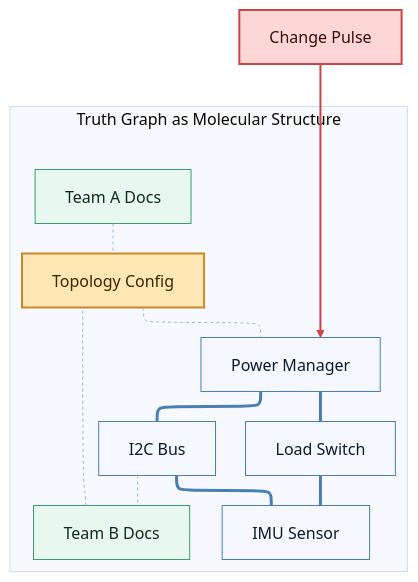
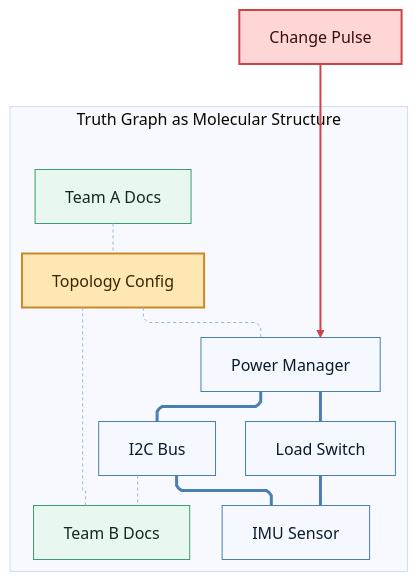
Before and after one commit to Lizo-RoadTown/PROVES_LIBRARY: the diagram in docs/diagrams/gnn-molecule.md, drawn with Mermaid. The commit also changed 1 other file, not shown here.

Commit message:
Fix gnn-molecule curve and document CSS limitations

````diff
--- a/docs/diagrams/gnn-molecule.md
+++ b/docs/diagrams/gnn-molecule.md
@@ -22,45 +22,45 @@
 ```mermaid
-%%{init: {'flowchart': {'defaultRenderer': 'elk'}, 'theme':'base', 'themeVariables': { 'fontFamily': 'Space Mono, monospace', 'lineColor': '#6b8fb3'}}}%%
+%%{init: {'flowchart': {'defaultRenderer': 'elk', 'curve': 'linear'}, 'theme':'base', 'themeVariables': { 'fontFamily': 'Space Mono, monospace', 'lineColor': '#6b8fb3'}}}%%
 flowchart TB
     subgraph Molecule ["Truth Graph as Molecular Structure"]
         A[Power Manager]
         B[I2C Bus]
         C[IMU Sensor]
         D[Load Switch]
         E[Topology Config]
         F[Team A Docs]
         G[Team B Docs]
     end
 
     P[Change Pulse]
 
     A --- B
     B --- C
     A --- D
     D --- C
     E --- A
     F --- E
     G --- E
     B --- G
     P --> A
 
     classDef atom fill:#f5f9ff,stroke:#4a7fb3,stroke-width:1px,color:#0b1b2b;
     classDef core fill:#ffe7b3,stroke:#c9882a,stroke-width:2px,color:#3a2603;
     classDef doc fill:#e8f7ef,stroke:#3a9d6d,stroke-width:1px,color:#0f2b1f;
     classDef pulse fill:#ffd6d6,stroke:#c44,stroke-width:2px,color:#3a0d0d;
 
     class A,B,C,D atom;
     class E core;
     class F,G doc;
     class P pulse;
 
     linkStyle 0 stroke:#4a7fb3,stroke-width:3px;
     linkStyle 1 stroke:#4a7fb3,stroke-width:3px;
     linkStyle 2 stroke:#4a7fb3,stroke-width:3px;
     linkStyle 3 stroke:#4a7fb3,stroke-width:3px;
     linkStyle 4 stroke:#9ab7d6,stroke-width:1px,stroke-dasharray:3 3;
     linkStyle 5 stroke:#9ab7d6,stroke-width:1px,stroke-dasharray:3 3;
     linkStyle 6 stroke:#9ab7d6,stroke-width:1px,stroke-dasharray:3 3;
     linkStyle 7 stroke:#9ab7d6,stroke-width:1px,stroke-dasharray:3 3;
     linkStyle 8 stroke:#c44,stroke-width:2px;
 ```
````
